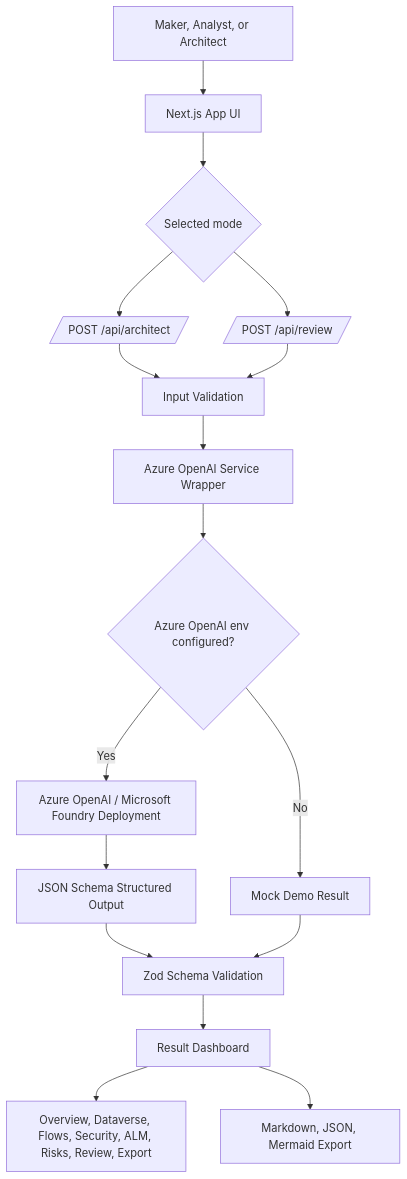
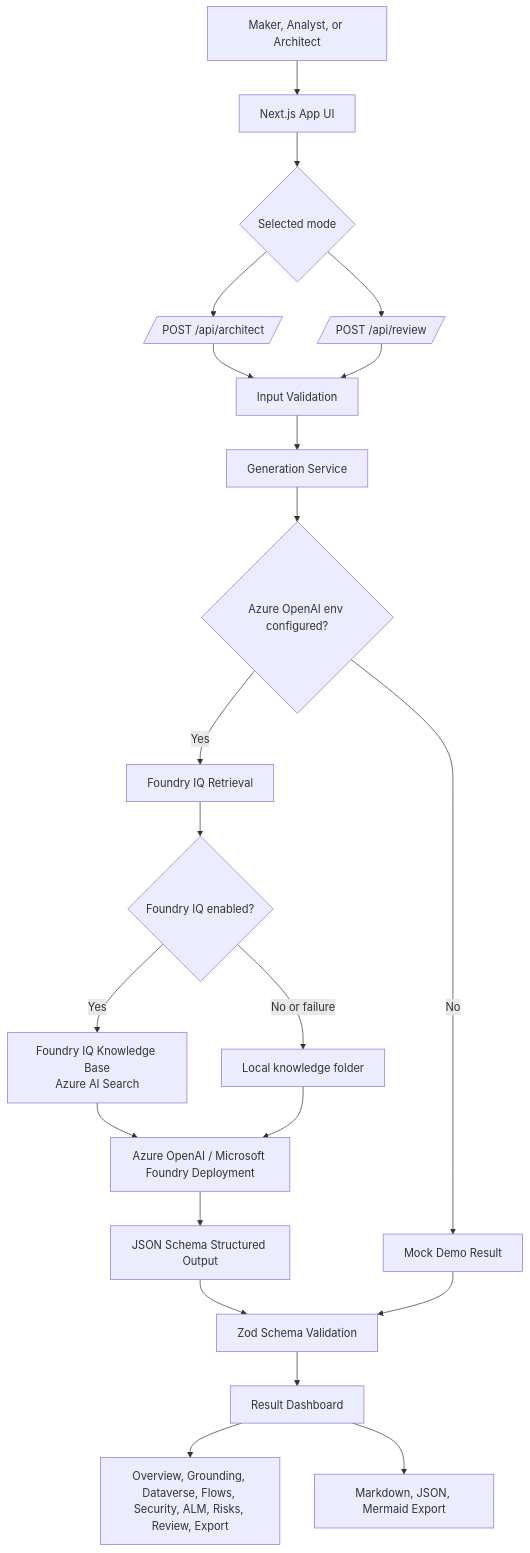
Before and after one commit to beretests/Power-Platform-Solution-Architect-Agent: the diagram in README.md, drawn with Mermaid. The commit also changed other lines of this file and 24 other files, not shown here.

Commit message:
Implement Foundry IQ grounding

````diff
--- a/README.md
+++ b/README.md
@@ -51,23 +53,29 @@
 ```mermaid
 flowchart TD
     User[Maker, Analyst, or Architect] --> UI[Next.js App UI]
     UI --> Mode{Selected mode}
     Mode --> Generate[/POST /api/architect/]
     Mode --> Review[/POST /api/review/]
 
     Generate --> Validator[Input Validation]
     Review --> Validator
-    Validator --> Service[Azure OpenAI Service Wrapper]
+    Validator --> Service[Generation Service]
 
     Service --> EnvCheck{Azure OpenAI env configured?}
-    EnvCheck -->|Yes| Azure[Azure OpenAI / Microsoft Foundry Deployment]
+    EnvCheck -->|Yes| Grounding[Foundry IQ Retrieval]
     EnvCheck -->|No| Mock[Mock Demo Result]
+
+    Grounding --> Search{Foundry IQ enabled?}
+    Search -->|Yes| KnowledgeBase[Foundry IQ Knowledge Base<br/>Azure AI Search]
+    Search -->|No or failure| LocalKnowledge[Local knowledge folder]
+    KnowledgeBase --> Azure[Azure OpenAI / Microsoft Foundry Deployment]
+    LocalKnowledge --> Azure
 
     Azure --> Structured[JSON Schema Structured Output]
     Structured --> Zod[Zod Schema Validation]
     Mock --> Zod
 
     Zod --> Dashboard[Result Dashboard]
-    Dashboard --> Tabs[Overview, Dataverse, Flows, Security, ALM, Risks, Review, Export]
+    Dashboard --> Tabs[Overview, Grounding, Dataverse, Flows, Security, ALM, Risks, Review, Export]
     Dashboard --> Export[Markdown, JSON, Mermaid Export]
 ```
````
